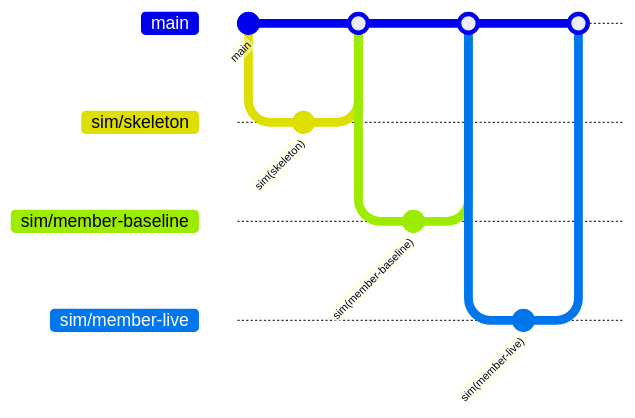
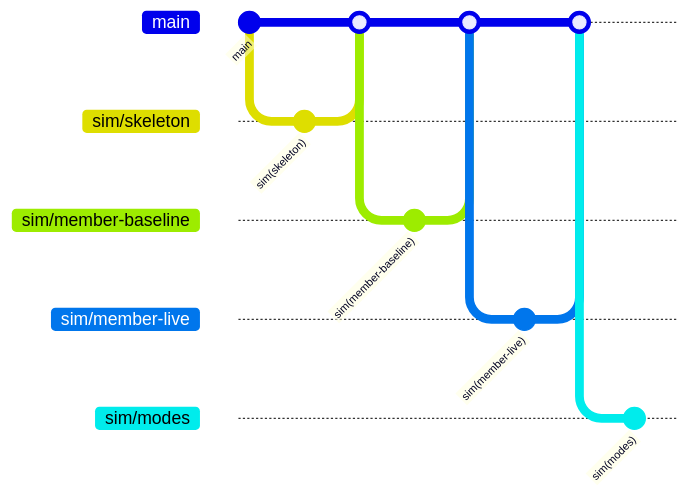
Before and after one commit to josiah113366-sketch/clothes-query: the diagram in docs/BRANCHES.md, drawn with Mermaid. The commit also changed other lines of this file and 1 other file, not shown here.

Commit message:
sim(modes): 브랜치 등록과 작업 지시서 추가

````diff
--- a/docs/BRANCHES.md
+++ b/docs/BRANCHES.md
@@ -35,16 +35,18 @@
 ```mermaid
 gitGraph
   commit id: "main"
   branch sim/skeleton
   commit id: "sim(skeleton)"
   checkout main
   merge sim/skeleton
   branch sim/member-baseline
   commit id: "sim(member-baseline)"
   checkout main
   merge sim/member-baseline
   branch sim/member-live
   commit id: "sim(member-live)"
   checkout main
   merge sim/member-live
+  branch sim/modes
+  commit id: "sim(modes)"
 ```
````
